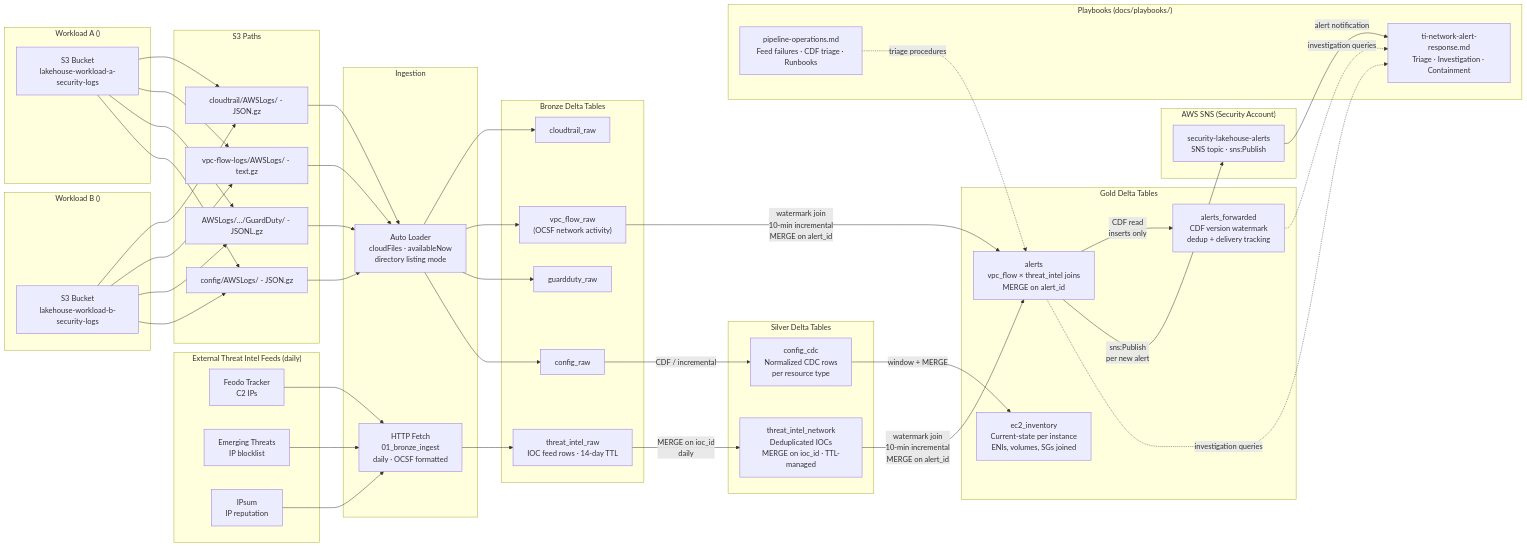
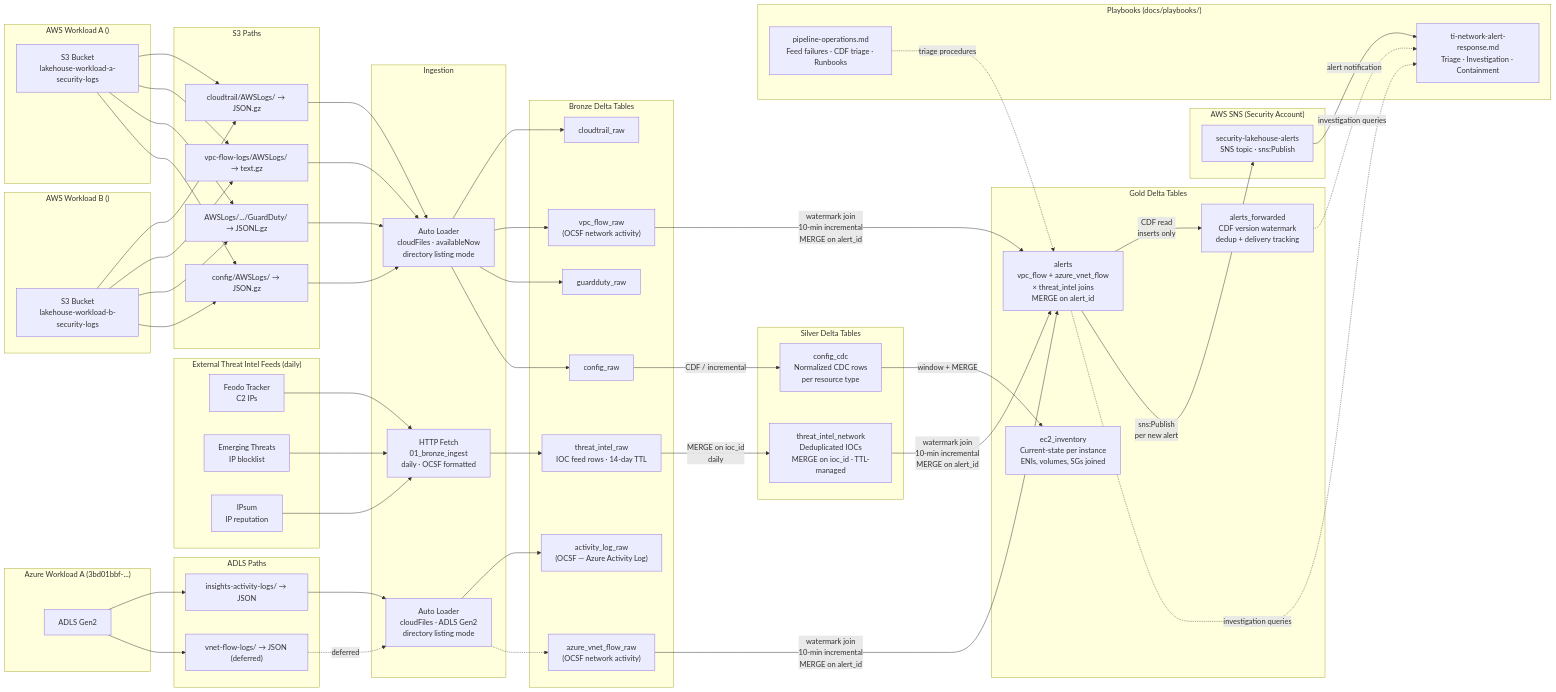
The diagram in diagrams/03_data_flow.mmd (snk5125/security-data-platform), drawn with Mermaid before and after one commit. The commit also changed 3 other files, not shown here.

Commit message:
docs: update standalone Mermaid diagrams for Azure expansion

```diff
--- a/diagrams/03_data_flow.mmd
+++ b/diagrams/03_data_flow.mmd
@@ -1,93 +1,112 @@
 graph LR
     %% ── External threat intel feeds (fetched daily by HTTP) ──────────────────
     subgraph TI_FEEDS ["External Threat Intel Feeds (daily)"]
         FEODO["Feodo Tracker<br/>C2 IPs"]
         ET["Emerging Threats<br/>IP blocklist"]
         IPSUM["IPsum<br/>IP reputation"]
     end
 
     %% ── Workload account S3 log buckets ──────────────────────────────────────
-    subgraph "Workload A (<WORKLOAD_A_ACCOUNT_ID>)"
+    subgraph "AWS Workload A (<WORKLOAD_A_ACCOUNT_ID>)"
         S3A["S3 Bucket<br/>lakehouse-workload-a-security-logs"]
     end
 
-    subgraph "Workload B (<WORKLOAD_B_ACCOUNT_ID>)"
+    subgraph "AWS Workload B (<WORKLOAD_B_ACCOUNT_ID>)"
         S3B["S3 Bucket<br/>lakehouse-workload-b-security-logs"]
+    end
+
+    %% ── Azure workload ADLS storage ──────────────────────────────────────────
+    subgraph "Azure Workload A (3bd01bbf-...)"
+        ADLSA["ADLS Gen2<br/><AZURE_LOGS_STORAGE_ACCOUNT>"]
     end
 
     %% ── Ingestion layer ──────────────────────────────────────────────────────
     subgraph INGEST ["Ingestion"]
         AL["Auto Loader<br/>cloudFiles · availableNow<br/>directory listing mode"]
+        ALAZ["Auto Loader<br/>cloudFiles · ADLS Gen2<br/>directory listing mode"]
         TI_FETCH["HTTP Fetch<br/>01_bronze_ingest<br/>daily · OCSF formatted"]
     end
 
     %% ── Bronze Delta tables (raw, append-only) ───────────────────────────────
     subgraph "Bronze Delta Tables"
         CT["cloudtrail_raw"]
         VF["vpc_flow_raw<br/>(OCSF network activity)"]
         GD["guardduty_raw"]
         CF["config_raw"]
+        AZACT["activity_log_raw<br/>(OCSF — Azure Activity Log)"]
+        AZVF["azure_vnet_flow_raw<br/>(OCSF network activity)"]
         TIR["threat_intel_raw<br/>IOC feed rows · 14-day TTL"]
     end
 
     %% ── Silver Delta tables (normalized, deduplicated) ───────────────────────
     subgraph "Silver Delta Tables"
         CDC["config_cdc<br/>Normalized CDC rows<br/>per resource type"]
         TIN["threat_intel_network<br/>Deduplicated IOCs<br/>MERGE on ioc_id · TTL-managed"]
     end
 
     %% ── Gold Delta tables (correlated detections + inventory) ────────────────
     subgraph "Gold Delta Tables"
         EC2["ec2_inventory<br/>Current-state per instance<br/>ENIs, volumes, SGs joined"]
-        ALERTS["alerts<br/>vpc_flow × threat_intel joins<br/>MERGE on alert_id"]
+        ALERTS["alerts<br/>vpc_flow + azure_vnet_flow<br/>× threat_intel joins<br/>MERGE on alert_id"]
         AFWD["alerts_forwarded<br/>CDF version watermark<br/>dedup + delivery tracking"]
     end
 
     %% ── AWS SNS output ───────────────────────────────────────────────────────
     subgraph "AWS SNS (Security Account)"
         SNS["security-lakehouse-alerts<br/>SNS topic · sns:Publish"]
     end
 
     %% ── S3 log path labels ───────────────────────────────────────────────────
     subgraph "S3 Paths"
-        P1["cloudtrail/AWSLogs/ - JSON.gz"]
-        P2["vpc-flow-logs/AWSLogs/ - text.gz"]
-        P3["AWSLogs/.../GuardDuty/ - JSONL.gz"]
-        P4["config/AWSLogs/ - JSON.gz"]
+        P1["cloudtrail/AWSLogs/ → JSON.gz"]
+        P2["vpc-flow-logs/AWSLogs/ → text.gz"]
+        P3["AWSLogs/.../GuardDuty/ → JSONL.gz"]
+        P4["config/AWSLogs/ → JSON.gz"]
+    end
+
+    %% ── ADLS log path labels ────────────────────────────────────────────────
+    subgraph "ADLS Paths"
+        PA1["insights-activity-logs/ → JSON"]
+        PA2["vnet-flow-logs/ → JSON (deferred)"]
     end
 
     %% ── Edges: workload S3 → Auto Loader → bronze ───────────────────────────
     S3A --> P1 & P2 & P3 & P4
     S3B --> P1 & P2 & P3 & P4
     P1 --> AL --> CT
     P2 --> AL --> VF
     P3 --> AL --> GD
     P4 --> AL --> CF
+
+    %% ── Edges: Azure ADLS → Auto Loader → bronze ────────────────────────────
+    ADLSA --> PA1 & PA2
+    PA1 --> ALAZ --> AZACT
+    PA2 -.->|"deferred"| ALAZ -.-> AZVF
 
     %% ── Edges: TI feeds → bronze ─────────────────────────────────────────────
     FEODO & ET & IPSUM --> TI_FETCH --> TIR
 
     %% ── Edges: bronze → silver (Config CDC pipeline, daily) ─────────────────
     CF -->|"CDF / incremental"| CDC
     CDC -->|"window + MERGE"| EC2
 
     %% ── Edges: bronze → silver (TI pipeline, daily MERGE on ioc_id) ─────────
     TIR -->|"MERGE on ioc_id<br/>daily"| TIN
 
-    %% ── Edges: silver + bronze → gold (VPC flow ingest, every 10 min) ───────
-    VF & TIN -->|"watermark join<br/>10-min incremental<br/>MERGE on alert_id"| ALERTS
+    %% ── Edges: silver + bronze → gold (flow ingest, every 10 min) ───────────
+    VF & AZVF & TIN -->|"watermark join<br/>10-min incremental<br/>MERGE on alert_id"| ALERTS
 
     %% ── Playbooks ────────────────────────────────────────────────────────────
     subgraph PLAYBOOKS ["Playbooks (docs/playbooks/)"]
         PB1["ti-network-alert-response.md<br/>Triage · Investigation · Containment"]
         PB2["pipeline-operations.md<br/>Feed failures · CDF triage · Runbooks"]
     end
 
     %% ── Edges: gold → forwarding (CDF-based, every 10 min) ──────────────────
     ALERTS -->|"CDF read<br/>inserts only"| AFWD
     ALERTS -->|"sns:Publish<br/>per new alert"| SNS
 
     %% ── Edges: SNS → analyst (playbook-guided response) ─────────────────────
     SNS -->|"alert notification"| PB1
     ALERTS & AFWD -.->|"investigation queries"| PB1
     PB2 -.->|"triage procedures"| ALERTS
```
